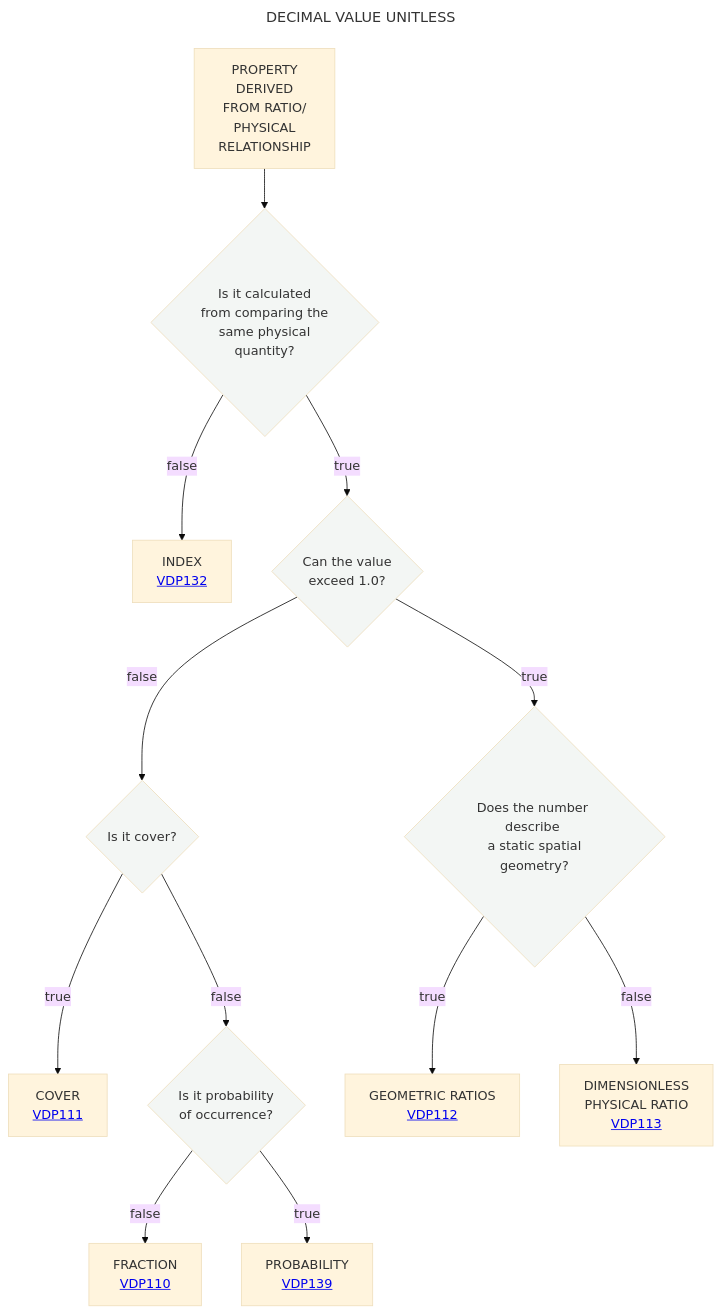
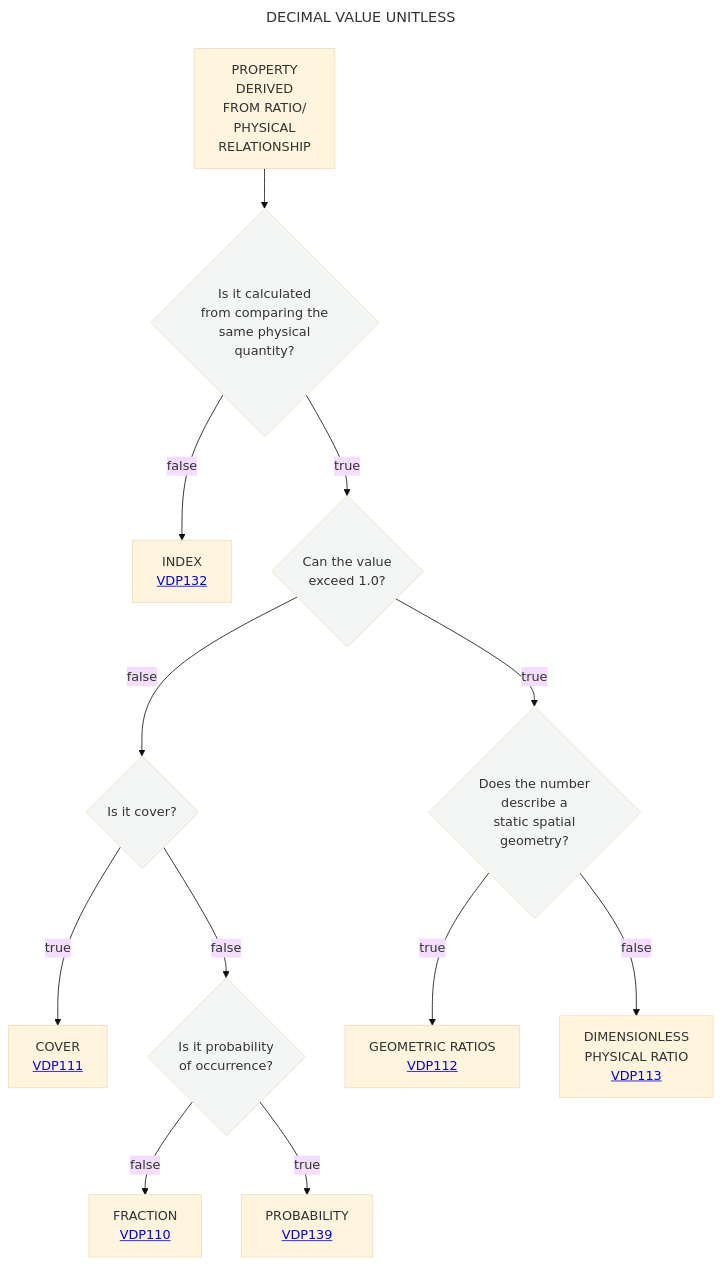
The diagram in Decisition_trees/DT1.mmd (mabablue/I-ADOPT-patterns-playground), drawn with Mermaid (base theme) before and after one commit.

Commit message:
Fix line formatting in decision tree diagram

```diff
--- a/Decisition_trees/DT1.mmd
+++ b/Decisition_trees/DT1.mmd
@@ -1,19 +1,19 @@
 ---
 title: DECIMAL VALUE UNITLESS
 ---
 flowchart TD
     A[PROPERTY <br> DERIVED <br> FROM RATIO/<br>PHYSICAL <br> RELATIONSHIP] --> B{Is it calculated <br> from comparing the <br> same physical <br> quantity?}:::white
     B --> |false|C[INDEX <br> <a href='https://github.com/mabablue/I-ADOPT-patterns-playground/blob/main/pattern/VDP132.yaml'>VDP132</a>]
     B --> |true|D{Can the value <br> exceed 1.0?}:::white
     D --> |false|E{Is it cover?}:::white
-    D --> |true|L{Does the number describe <br> a static spatial geometry?}:::white
+    D --> |true|L{Does the number <br> describe a <br> static spatial <br> geometry?}:::white
     E --> |true|G[COVER <br> <a href='https://github.com/mabablue/I-ADOPT-patterns-playground/blob/main/pattern/VDP111.yaml'>VDP111</a>]
     E --> |false|H{Is it probability <br> of occurrence?}:::white
     H --> |false|I[FRACTION <br> <a href='https://github.com/mabablue/I-ADOPT-patterns-playground/blob/main/pattern/VDP110.yaml'>VDP110</a>]
     H --> |true|J[PROBABILITY <br> <a href='https://github.com/mabablue/I-ADOPT-patterns-playground/blob/main/pattern/VDP139.yaml'>VDP139</a>]
     L --> |true|M[GEOMETRIC RATIOS <br> <a href='https://github.com/mabablue/I-ADOPT-patterns-playground/blob/main/pattern/VDP112.yaml'>VDP112</a>] 
     L --> |false|N[DIMENSIONLESS <br> PHYSICAL RATIO <br> <a href='https://github.com/mabablue/I-ADOPT-patterns-playground/blob/main/pattern/VDP113.yaml'>VDP113</a>]
    classDef blue fill:#90D5FF
    classDef satblue fill:#57B9FF 
    classDef white fill:#f3f6f4
    classDef green fill:#6aa84f
```
